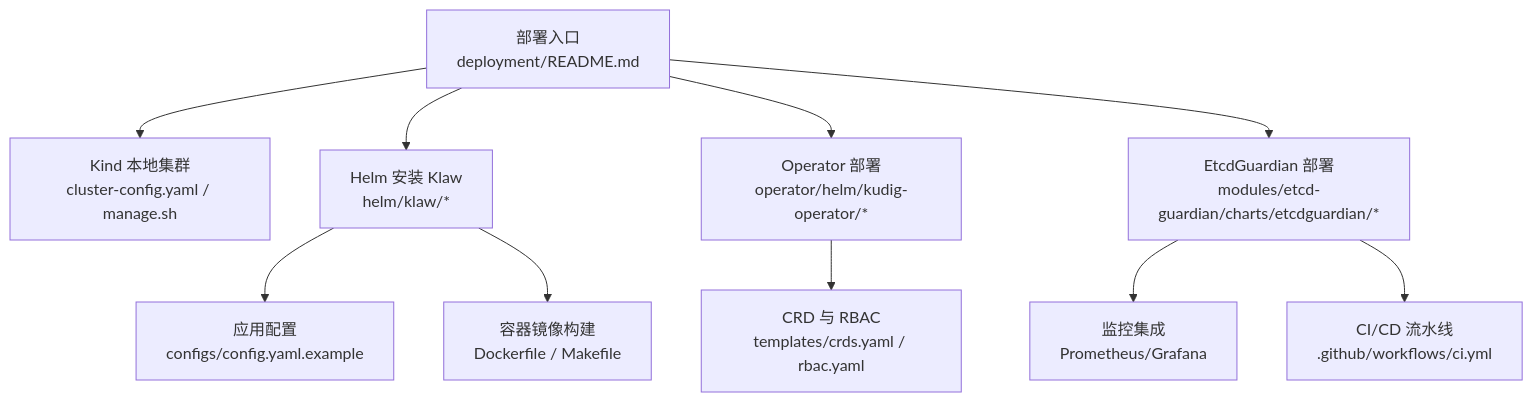
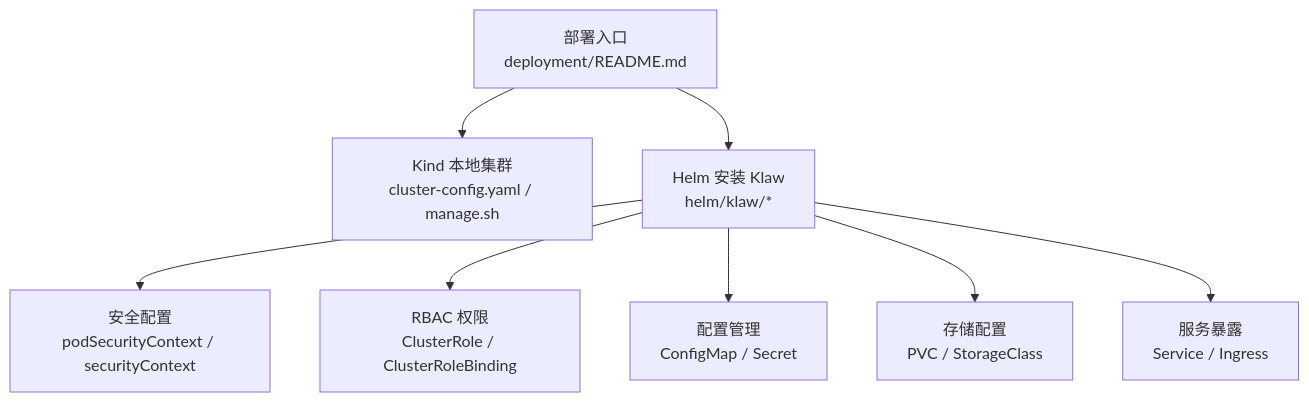
One commit to kudig-io/klaw changed the first of 5 diagrams in .qoder/repowiki/zh/content/安装部署/Kubernetes集群部署/Kubernetes集群部署.md. Above: the diagram before and after it, drawn with Mermaid. The commit also changed other lines of this file and 336 other files, not shown here.

````diff
--- a/.qoder/repowiki/zh/content/安装部署/Kubernetes集群部署/Kubernetes集群部署.md
+++ b/.qoder/repowiki/zh/content/安装部署/Kubernetes集群部署/Kubernetes集群部署.md
@@ -67,12 +54,10 @@
 ```mermaid
 graph TB
 A["部署入口<br/>deployment/README.md"] --> B["Kind 本地集群<br/>cluster-config.yaml / manage.sh"]
 A --> C["Helm 安装 Klaw<br/>helm/klaw/*"]
-A --> D["Operator 部署<br/>operator/helm/kudig-operator/*"]
-A --> E["EtcdGuardian 部署<br/>modules/etcd-guardian/charts/etcdguardian/*"]
-C --> F["应用配置<br/>configs/config.yaml.example"]
-C --> G["容器镜像构建<br/>Dockerfile / Makefile"]
-D --> H["CRD 与 RBAC<br/>templates/crds.yaml / rbac.yaml"]
-E --> I["监控集成<br/>Prometheus/Grafana"]
-E --> J["CI/CD 流水线<br/>.github/workflows/ci.yml"]
+C --> D["安全配置<br/>podSecurityContext / securityContext"]
+C --> E["RBAC 权限<br/>ClusterRole / ClusterRoleBinding"]
+C --> F["配置管理<br/>ConfigMap / Secret"]
+C --> G["存储配置<br/>PVC / StorageClass"]
+C --> H["服务暴露<br/>Service / Ingress"]
 ```
````
